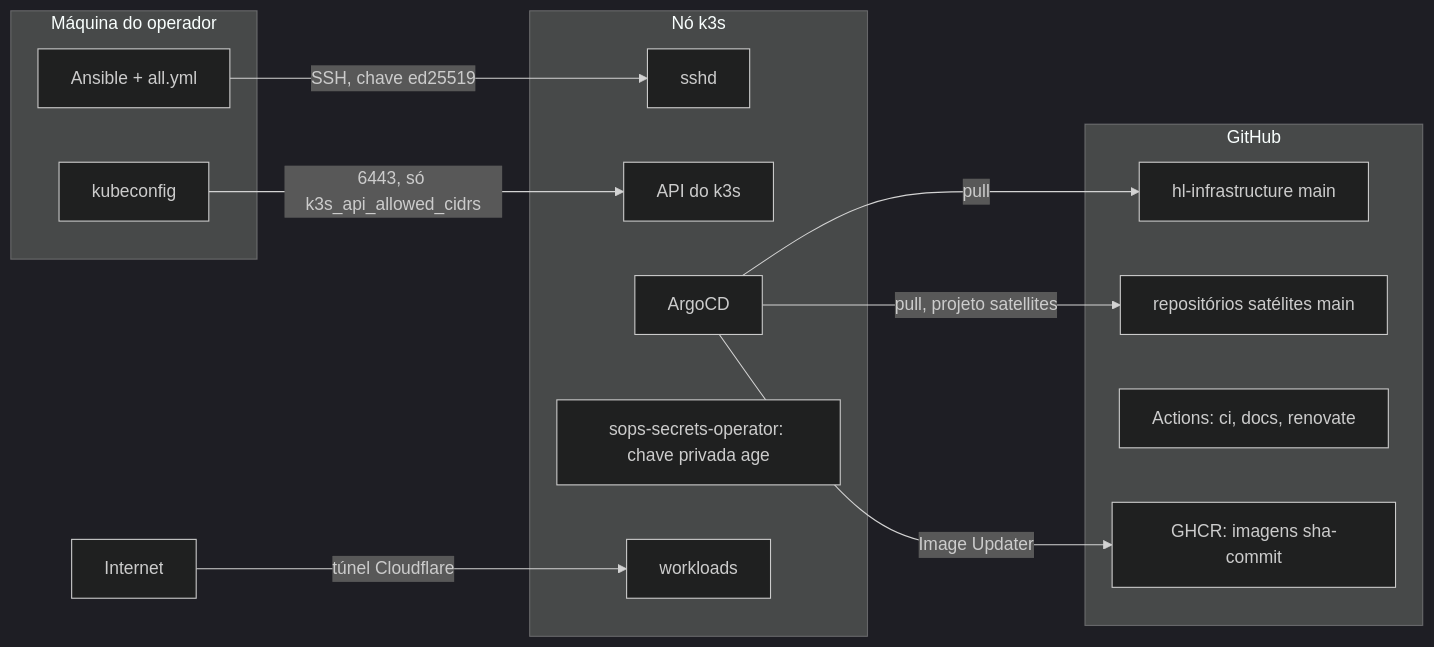
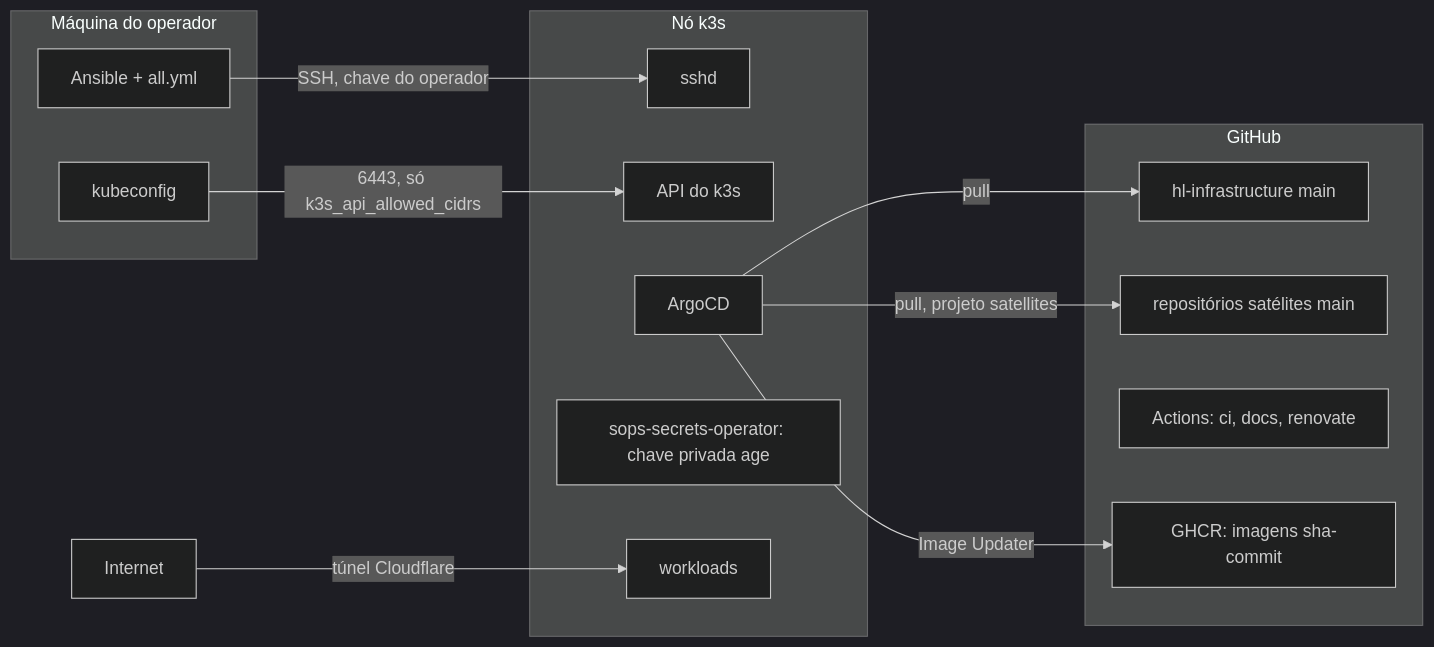
The first of 2 diagrams in docs/arquitetura/modelo-de-ameacas.md (guesant/hl-infrastructure), drawn with Mermaid (dark theme) before and after one commit. The commit also changed other lines of this file and 5 other files, not shown here.

````diff
--- a/docs/arquitetura/modelo-de-ameacas.md
+++ b/docs/arquitetura/modelo-de-ameacas.md
@@ -13,27 +13,27 @@
 ```mermaid
 flowchart LR
   subgraph operador["Máquina do operador"]
     ansible["Ansible + all.yml"]
     kubeconfig["kubeconfig"]
   end
   subgraph github["GitHub"]
     infra["hl-infrastructure main"]
     sat["repositórios satélites main"]
     actions["Actions: ci, docs, renovate"]
     ghcr["GHCR: imagens sha-commit"]
   end
   subgraph node["Nó k3s"]
     ssh["sshd"]
     api["API do k3s"]
     argo["ArgoCD"]
     ss["sops-secrets-operator: chave privada age"]
     apps["workloads"]
   end
   internet["Internet"]
-  ansible -->|SSH, chave ed25519| ssh
+  ansible -->|SSH, chave do operador| ssh
   kubeconfig -->|6443, só k3s_api_allowed_cidrs| api
   argo -->|pull| infra
   argo -->|pull, projeto satellites| sat
   argo -->|Image Updater| ghcr
   internet -->|túnel Cloudflare| apps
 ```
````
